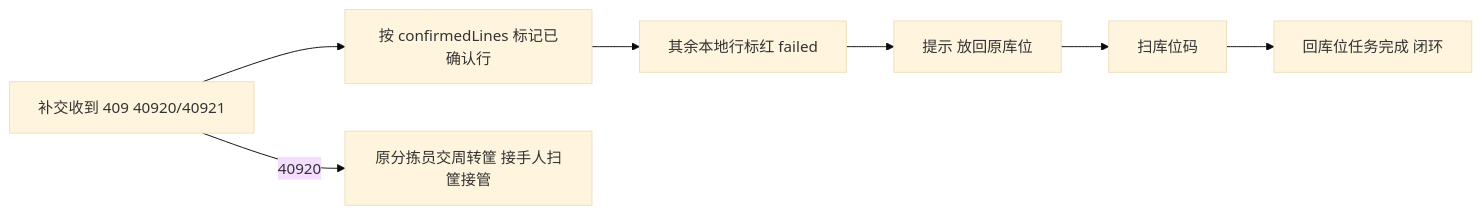
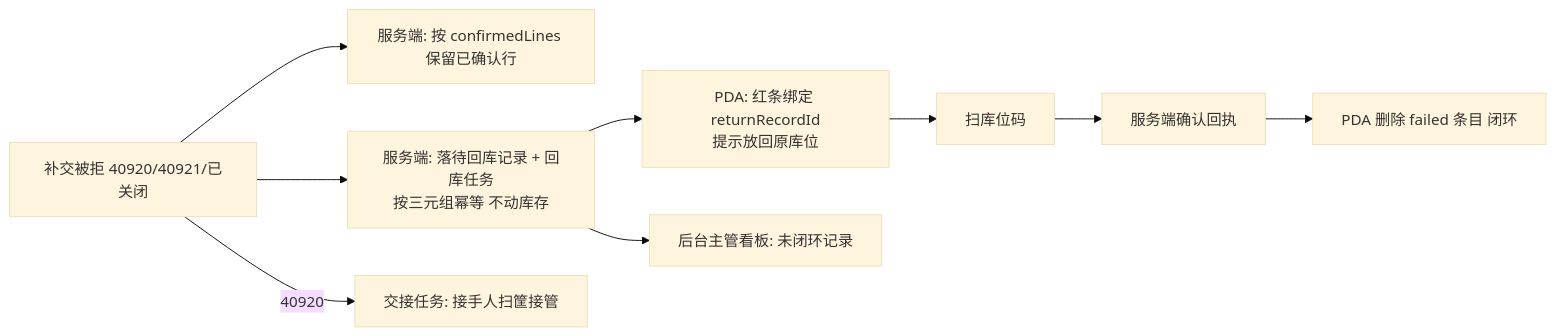
The second of 2 diagrams in docs/14-分拣H5-PDA端.md (Akarin7784/fresh-wms), drawn with Mermaid (base theme) before and after one commit. The commit also changed other lines of this file and 2 other files, not shown here.

Commit message:
docs: 按小吴对抗评审修订（业务键兜底幂等、待回库记录、failed 不自动清理、计件不去抖、本地 seq、换班隔离、outbox 迁移、仓库时区等）

````diff
--- a/docs/14-分拣H5-PDA端.md
+++ b/docs/14-分拣H5-PDA端.md
@@ -175,9 +206,11 @@
 ```mermaid
 flowchart LR
-  A[补交收到 409 40920/40921] --> B[按 confirmedLines 标记已确认行]
-  B --> C[其余本地行标红 failed]
-  C --> D[提示 放回原库位]
+  A[补交被拒 40920/40921/已关闭] --> B[服务端: 按 confirmedLines 保留已确认行]
+  A --> C[服务端: 落待回库记录 + 回库任务<br/>按三元组幂等 不动库存]
+  C --> D[PDA: 红条绑定 returnRecordId<br/>提示放回原库位]
   D --> E[扫库位码]
-  E --> F[回库位任务完成 闭环]
-  A -->|40920| G[原分拣员交周转筐 接手人扫筐接管]
+  E --> F[服务端确认回执]
+  F --> G[PDA 删除 failed 条目 闭环]
+  A -->|40920| H[交接任务: 接手人扫筐接管]
+  C --> I[后台主管看板: 未闭环记录]
 ```
````
